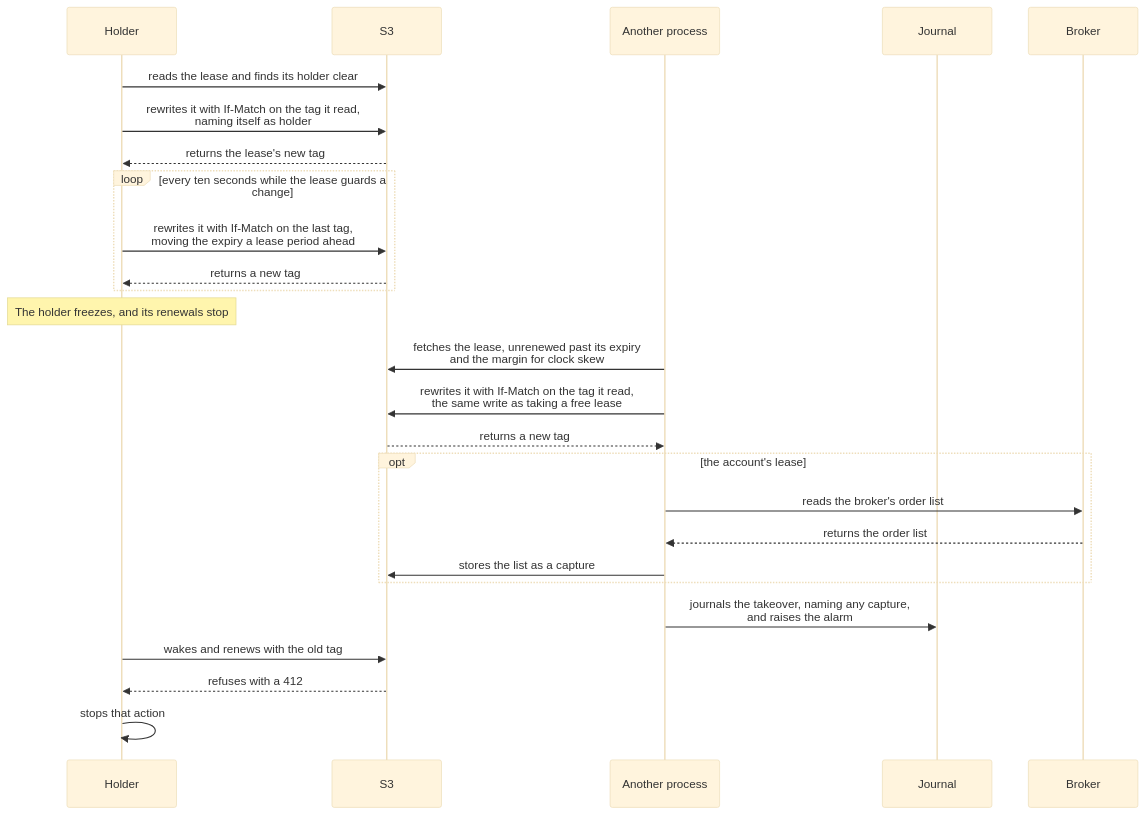
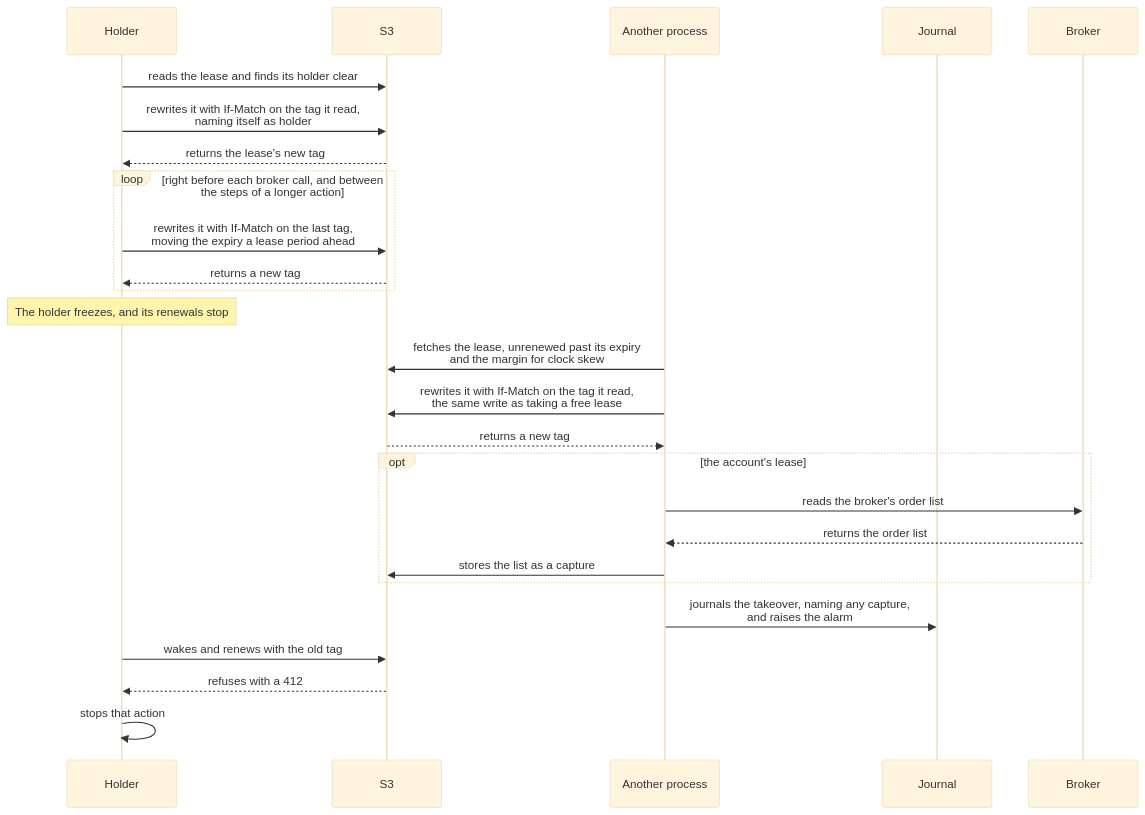
Before and after one commit to l3a0/ithildin-runtime: the third of 3 diagrams in docs/halts-and-drills.md, drawn with Mermaid (base theme). The commit also changed other lines of this file and 27 other files, not shown here.

Commit message:
wip: the account's lease around each submit (#148)

````diff
--- a/docs/halts-and-drills.md
+++ b/docs/halts-and-drills.md
@@ -325,28 +325,28 @@
 ```mermaid
 sequenceDiagram
     participant A as Holder
     participant S as S3
     participant B as Another process
     participant J as Journal
     participant K as Broker
     A->>S: reads the lease and finds its holder clear
     A->>S: rewrites it with If-Match on the tag it read,<br/>naming itself as holder
     S-->>A: returns the lease's new tag
-    loop every ten seconds while the lease guards a change
+    loop right before each broker call, and between the steps of a longer action
         A->>S: rewrites it with If-Match on the last tag,<br/>moving the expiry a lease period ahead
         S-->>A: returns a new tag
     end
     Note over A: The holder freezes, and its renewals stop
     B->>S: fetches the lease, unrenewed past its expiry<br/>and the margin for clock skew
     B->>S: rewrites it with If-Match on the tag it read,<br/>the same write as taking a free lease
     S-->>B: returns a new tag
     opt the account's lease
         B->>K: reads the broker's order list
         K-->>B: returns the order list
         B->>S: stores the list as a capture
     end
     B->>J: journals the takeover, naming any capture,<br/>and raises the alarm
     A->>S: wakes and renews with the old tag
     S-->>A: refuses with a 412
     A->>A: stops that action
 ```
````
